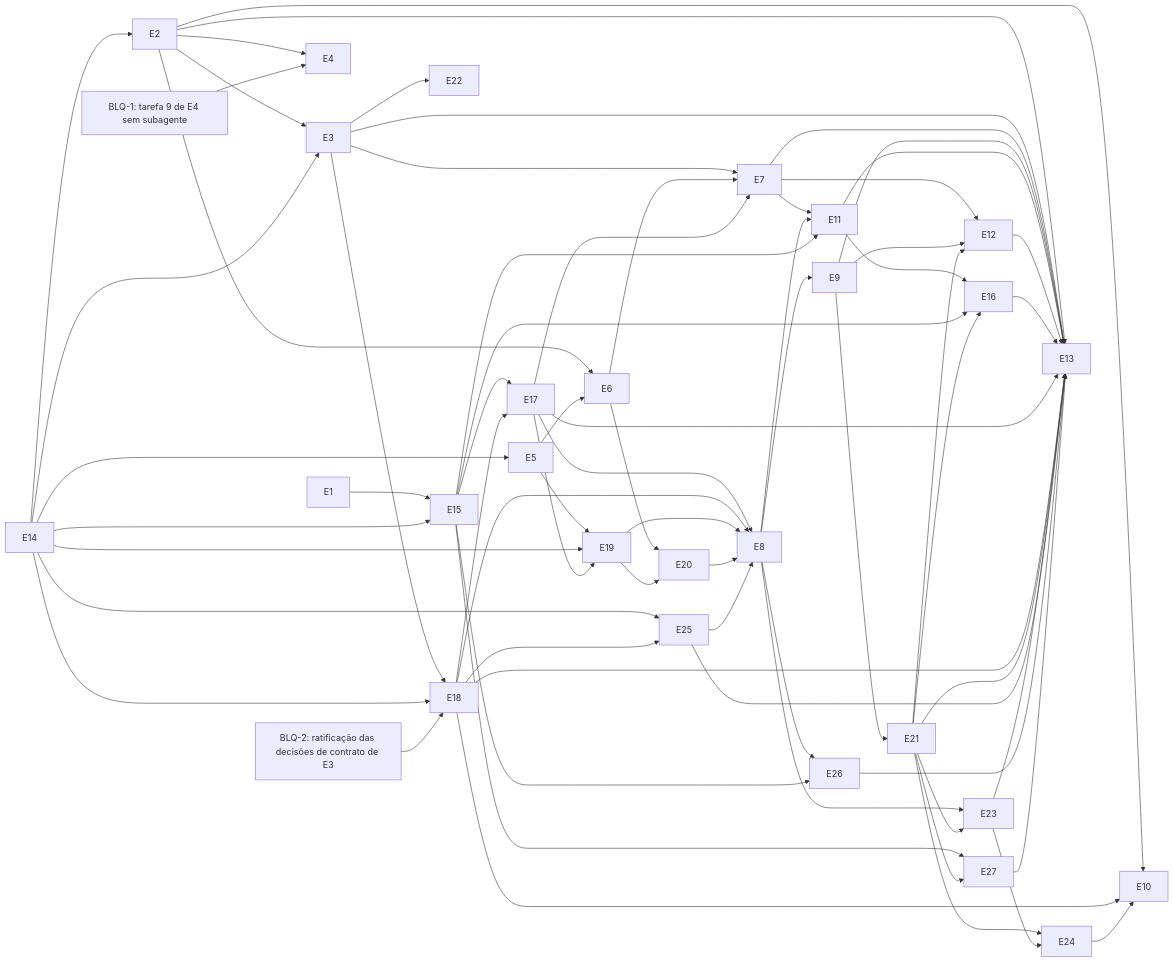
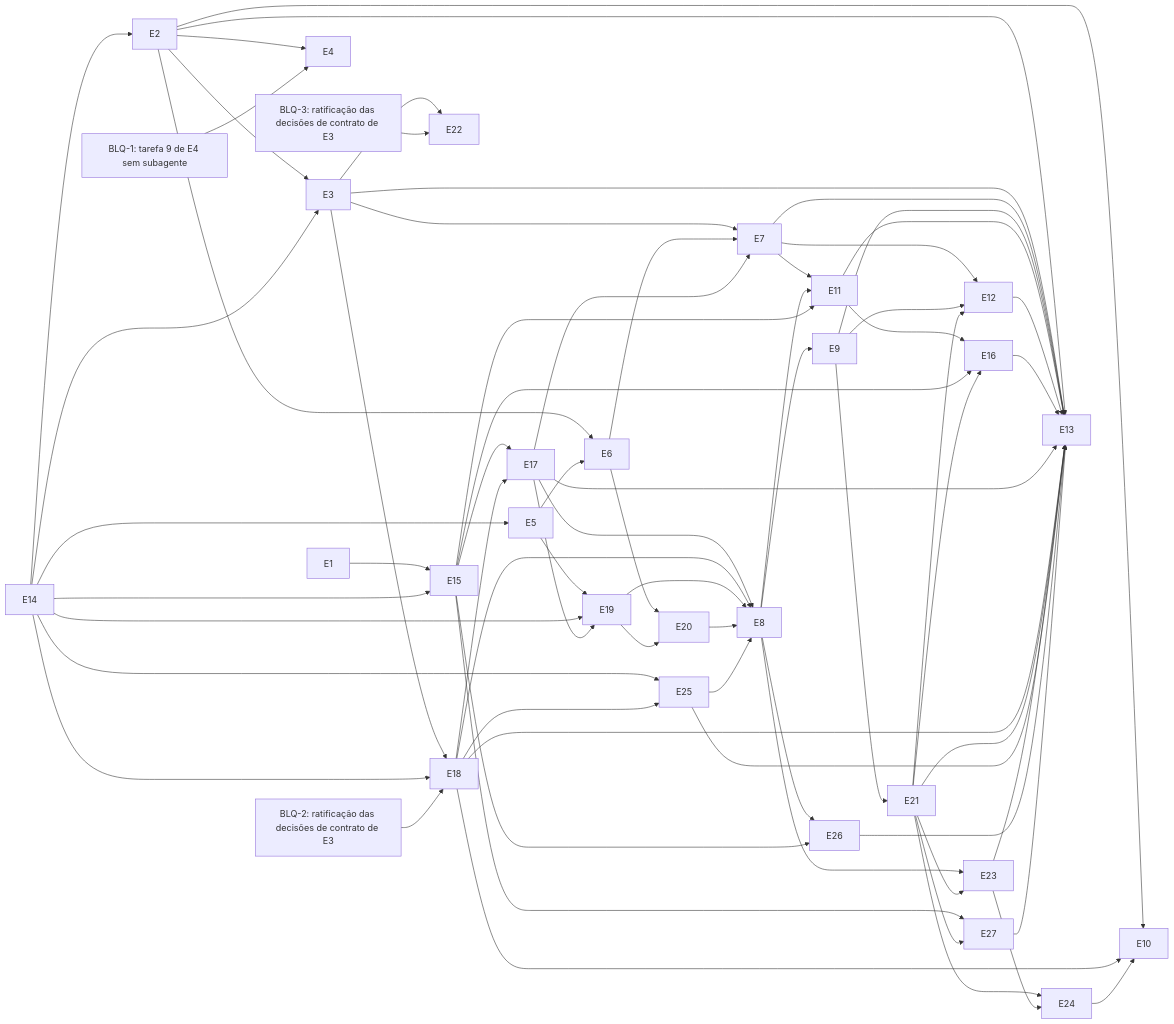
Before and after one commit to odeciojunior/claude-play: the diagram in docs/plans/roadmap-evolucao-skills/critical-path.md, drawn with Mermaid. The commit also changed other lines of this file and 2 other files, not shown here.

Commit message:
docs(roadmap): E22 bloqueado (BLQ-3), ratificação das decisões de contrato de E3

````diff
--- a/docs/plans/roadmap-evolucao-skills/critical-path.md
+++ b/docs/plans/roadmap-evolucao-skills/critical-path.md
@@ -3,70 +3,71 @@
 ```mermaid
 graph LR
   E1 --> E15
   E14 --> E15
   E14 --> E2
   E2 --> E3
   E14 --> E3
   E3 --> E18
   E14 --> E18
   E14 --> E25
   E18 --> E25
   E3 --> E22
   E2 --> E4
   E15 --> E17
   E18 --> E17
   E14 --> E5
   E5 --> E19
   E14 --> E19
   E17 --> E19
   E2 --> E6
   E5 --> E6
   E6 --> E20
   E19 --> E20
   E3 --> E7
   E6 --> E7
   E17 --> E7
   E17 --> E8
   E18 --> E8
   E19 --> E8
   E20 --> E8
   E25 --> E8
   E7 --> E11
   E8 --> E11
   E15 --> E11
   E8 --> E26
   E15 --> E26
   E8 --> E9
   E9 --> E21
   E8 --> E23
   E21 --> E23
   E21 --> E24
   E23 --> E24
   E11 --> E16
   E15 --> E16
   E21 --> E16
   E15 --> E27
   E21 --> E27
   E2 --> E10
   E18 --> E10
   E24 --> E10
   E7 --> E12
   E9 --> E12
   E21 --> E12
   E2 --> E13
   E3 --> E13
   E7 --> E13
   E9 --> E13
   E11 --> E13
   E12 --> E13
   E16 --> E13
   E17 --> E13
   E18 --> E13
   E21 --> E13
   E23 --> E13
   E25 --> E13
   E26 --> E13
   E27 --> E13
   BLQ1["BLQ-1: tarefa 9 de E4 sem subagente"] --> E4
   BLQ2["BLQ-2: ratificação das decisões de contrato de E3"] --> E18
+  BLQ3["BLQ-3: ratificação das decisões de contrato de E3"] --> E22
 ```
````
